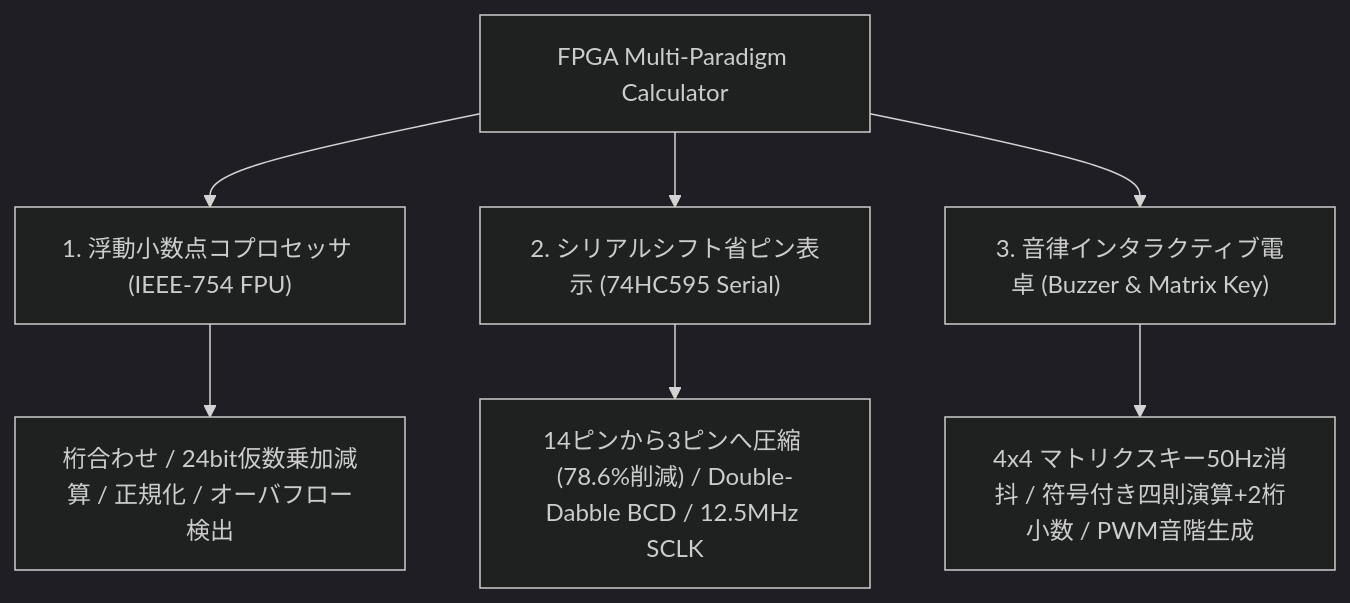
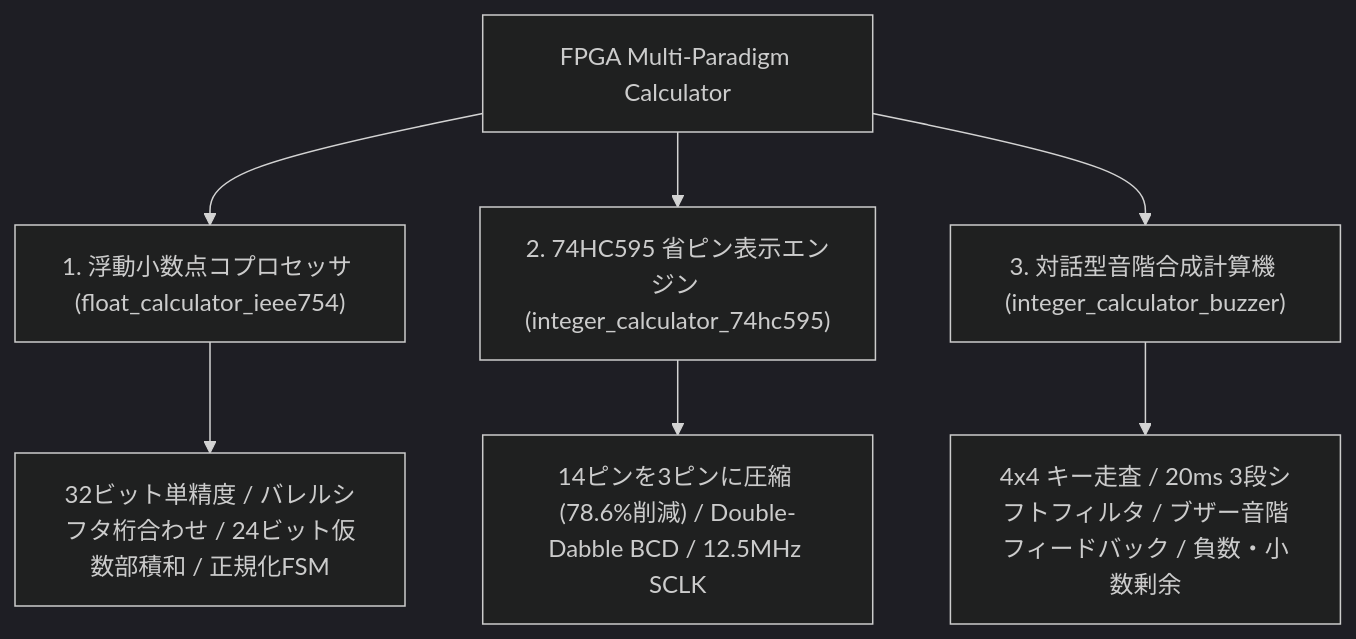
The first of 3 diagrams in README_JA.md (DongFengPo1412/Design-of-Simple-Calculator-Based-on-FPGA), drawn with Mermaid (dark theme) before and after one commit. The commit also changed other lines of this file and 10 other files, not shown here.

Commit message:
docs: optimize multi-paradigm calculator documentation with authentic hardware demo and architectural schematics

````diff
--- a/README_JA.md
+++ b/README_JA.md
@@ -48,10 +97,10 @@
 ```mermaid
 graph TD
-    Root["FPGA Multi-Paradigm Calculator"] --> FPU["1. 浮動小数点コプロセッサ (IEEE-754 FPU)"]
-    Root --> HC595["2. シリアルシフト省ピン表示 (74HC595 Serial)"]
-    Root --> Buzzer["3. 音律インタラクティブ電卓 (Buzzer & Matrix Key)"]
+    Root["FPGA Multi-Paradigm Calculator"] --> FPU["1. 浮動小数点コプロセッサ (float_calculator_ieee754)"]
+    Root --> HC595["2. 74HC595 省ピン表示エンジン (integer_calculator_74hc595)"]
+    Root --> Buzzer["3. 対話型音階合成計算機 (integer_calculator_buzzer)"]
     
-    FPU --> FPU_Features["桁合わせ / 24bit仮数乗加減算 / 正規化 / オーバフロー検出"]
-    HC595 --> HC595_Features["14ピンから3ピンへ圧縮 (78.6%削減) / Double-Dabble BCD / 12.5MHz SCLK"]
-    Buzzer --> Buzzer_Features["4x4 マトリクスキー50Hz消抖 / 符号付き四則演算+2桁小数 / PWM音階生成"]
+    FPU --> F_Feat["32ビット単精度 / バレルシフタ桁合わせ / 24ビット仮数部積和 / 正規化FSM"]
+    HC595 --> H_Feat["14ピンを3ピンに圧縮 (78.6%削減) / Double-Dabble BCD / 12.5MHz SCLK"]
+    Buzzer --> B_Feat["4x4 キー走査 / 20ms 3段シフトフィルタ / ブザー音階フィードバック / 負数・小数剰余"]
 ```
````
